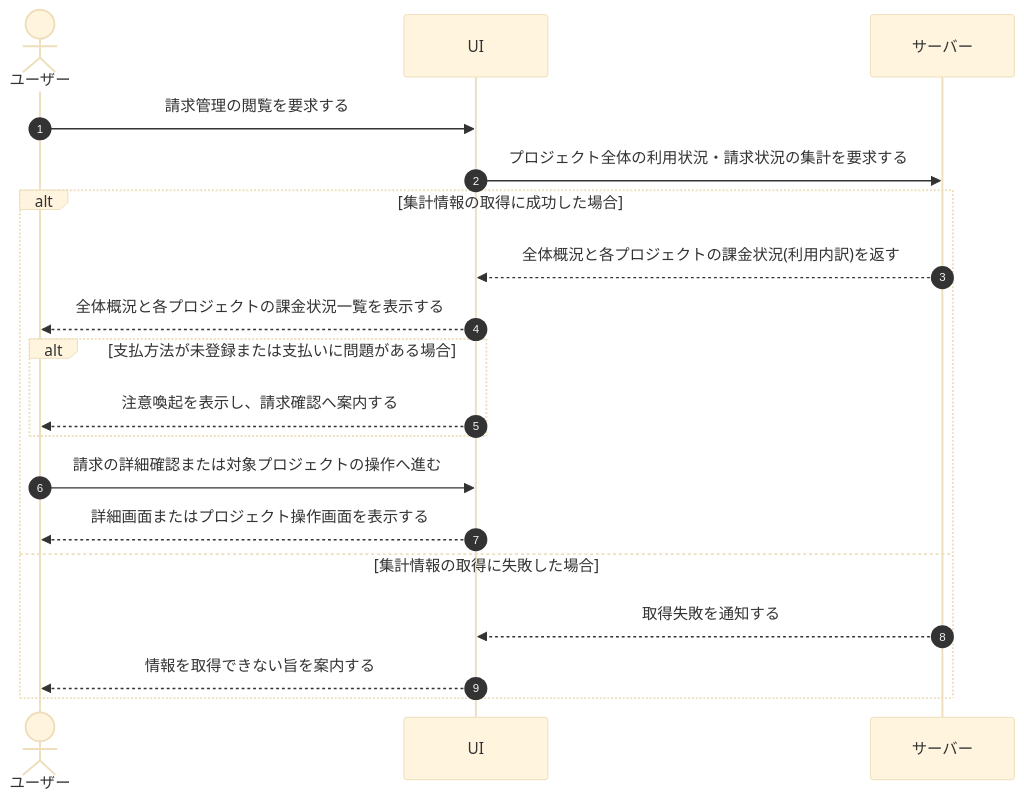
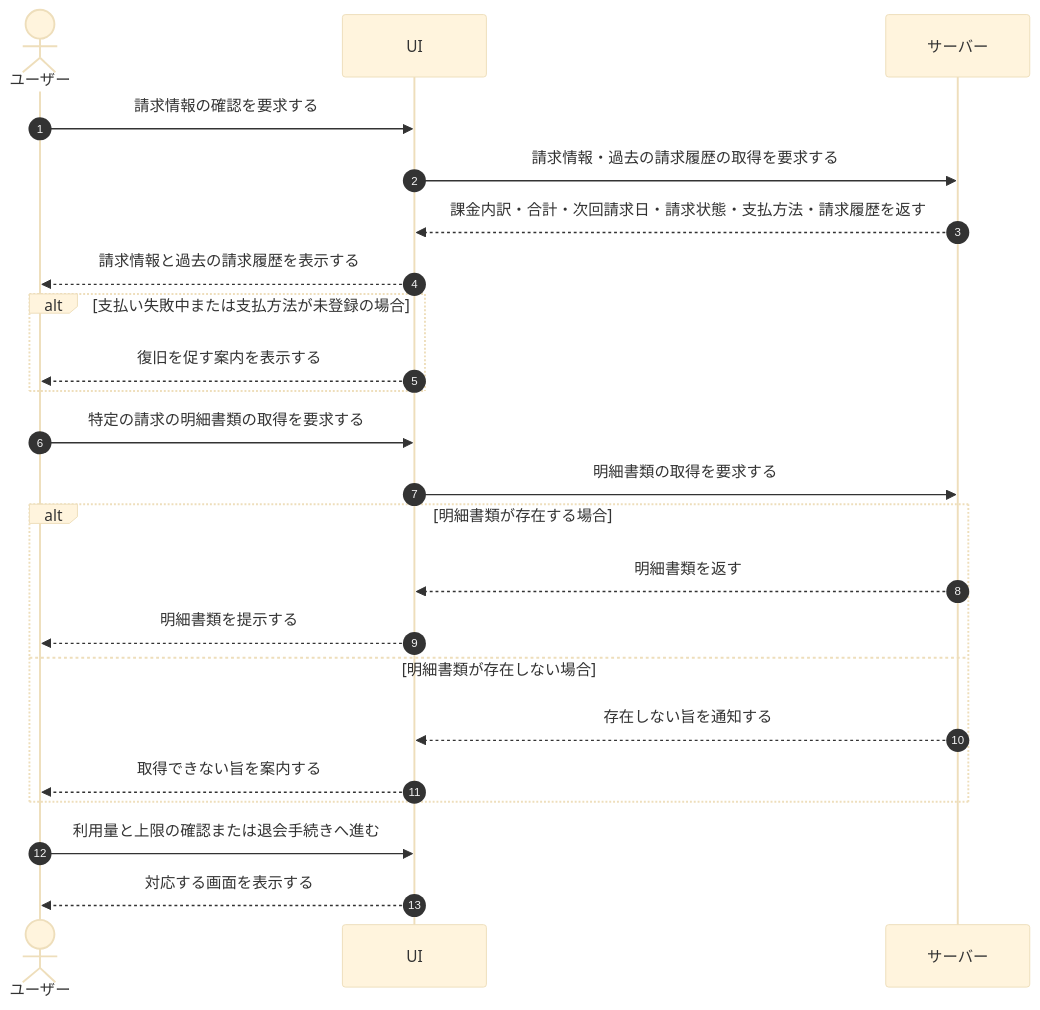
One commit to sikakou54/open-faq changed the diagram in 01_requirements/04_business_usecases/UC-036.md. Above: the diagram before and after it, drawn with Mermaid (base theme). The commit also changed other lines of this file and 395 other files, not shown here.

````diff
--- a/01_requirements/04_business_usecases/UC-036.md
+++ b/01_requirements/04_business_usecases/UC-036.md
@@ -26,22 +26,26 @@
 ```mermaid
 sequenceDiagram
   autonumber
   actor U as ユーザー
   participant UI as UI
   participant S as サーバー
 
-  U->>UI: 請求管理の閲覧を要求する
-  UI->>S: プロジェクト全体の利用状況・請求状況の集計を要求する
-  alt 集計情報の取得に成功した場合
-    S-->>UI: 全体概況と各プロジェクトの課金状況(利用内訳)を返す
-    UI-->>U: 全体概況と各プロジェクトの課金状況一覧を表示する
-    alt 支払方法が未登録または支払いに問題がある場合
-      UI-->>U: 注意喚起を表示し、請求確認へ案内する
-    end
-    U->>UI: 請求の詳細確認または対象プロジェクトの操作へ進む
-    UI-->>U: 詳細画面またはプロジェクト操作画面を表示する
-  else 集計情報の取得に失敗した場合
-    S-->>UI: 取得失敗を通知する
-    UI-->>U: 情報を取得できない旨を案内する
+  U->>UI: 請求情報の確認を要求する
+  UI->>S: 請求情報・過去の請求履歴の取得を要求する
+  S-->>UI: 課金内訳・合計・次回請求日・請求状態・支払方法・請求履歴を返す
+  UI-->>U: 請求情報と過去の請求履歴を表示する
+  alt 支払い失敗中または支払方法が未登録の場合
+    UI-->>U: 復旧を促す案内を表示する
   end
+  U->>UI: 特定の請求の明細書類の取得を要求する
+  UI->>S: 明細書類の取得を要求する
+  alt 明細書類が存在する場合
+    S-->>UI: 明細書類を返す
+    UI-->>U: 明細書類を提示する
+  else 明細書類が存在しない場合
+    S-->>UI: 存在しない旨を通知する
+    UI-->>U: 取得できない旨を案内する
+  end
+  U->>UI: 利用量と上限の確認または退会手続きへ進む
+  UI-->>U: 対応する画面を表示する
 ```
````
